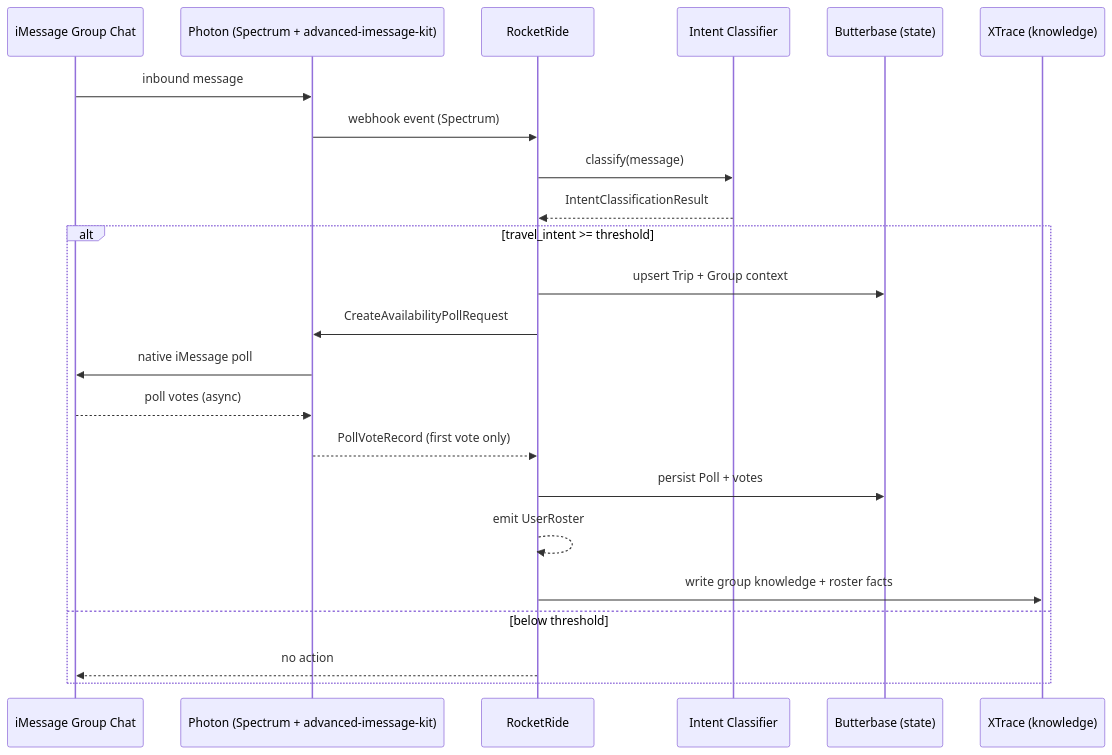
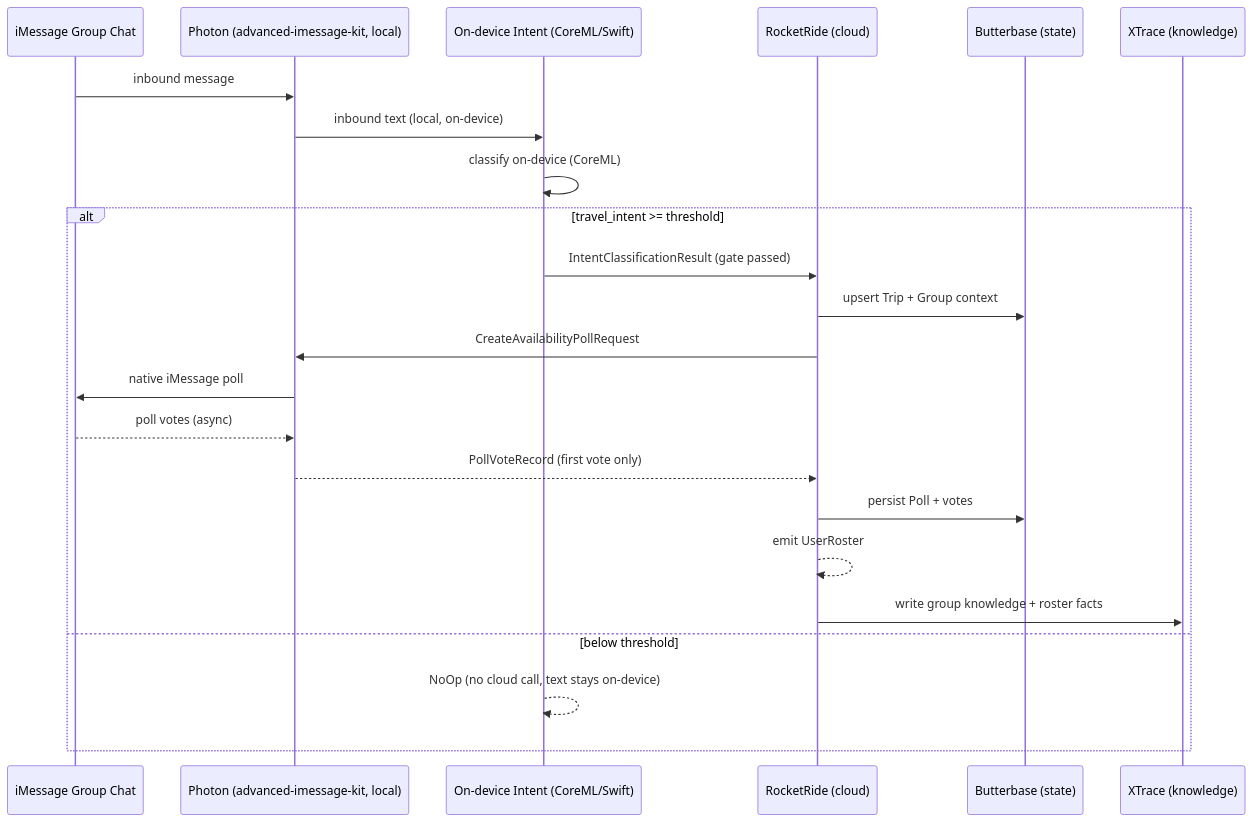
The diagram in docs/contracts/intent-to-poll-integration.md (kevincui1034/reunion), drawn with Mermaid before and after one commit. The commit also changed other lines of this file and 1 other file, not shown here.

First line of the commit message:
Move intent module on-device (CoreML/Swift) ahead of poll integration.

````diff
--- a/docs/contracts/intent-to-poll-integration.md
+++ b/docs/contracts/intent-to-poll-integration.md
@@ -27,26 +30,26 @@
 ```mermaid
 sequenceDiagram
     participant Chat as iMessage Group Chat
-    participant PH as Photon (Spectrum + advanced-imessage-kit)
-    participant RR as RocketRide
-    participant IC as Intent Classifier
+    participant PH as Photon (advanced-imessage-kit, local)
+    participant ID as On-device Intent (CoreML/Swift)
+    participant RR as RocketRide (cloud)
     participant BB as Butterbase (state)
     participant XT as XTrace (knowledge)
 
     Chat->>PH: inbound message
-    PH->>RR: webhook event (Spectrum)
-    RR->>IC: classify(message)
-    IC-->>RR: IntentClassificationResult
+    PH->>ID: inbound text (local, on-device)
+    ID->>ID: classify on-device (CoreML)
     alt travel_intent >= threshold
+        ID->>RR: IntentClassificationResult (gate passed)
         RR->>BB: upsert Trip + Group context
         RR->>PH: CreateAvailabilityPollRequest
         PH->>Chat: native iMessage poll
         Chat-->>PH: poll votes (async)
         PH-->>RR: PollVoteRecord (first vote only)
         RR->>BB: persist Poll + votes
         RR-->>RR: emit UserRoster
         RR->>XT: write group knowledge + roster facts
     else below threshold
-        RR-->>Chat: no action
+        ID-->>ID: NoOp (no cloud call, text stays on-device)
     end
 ```
````
